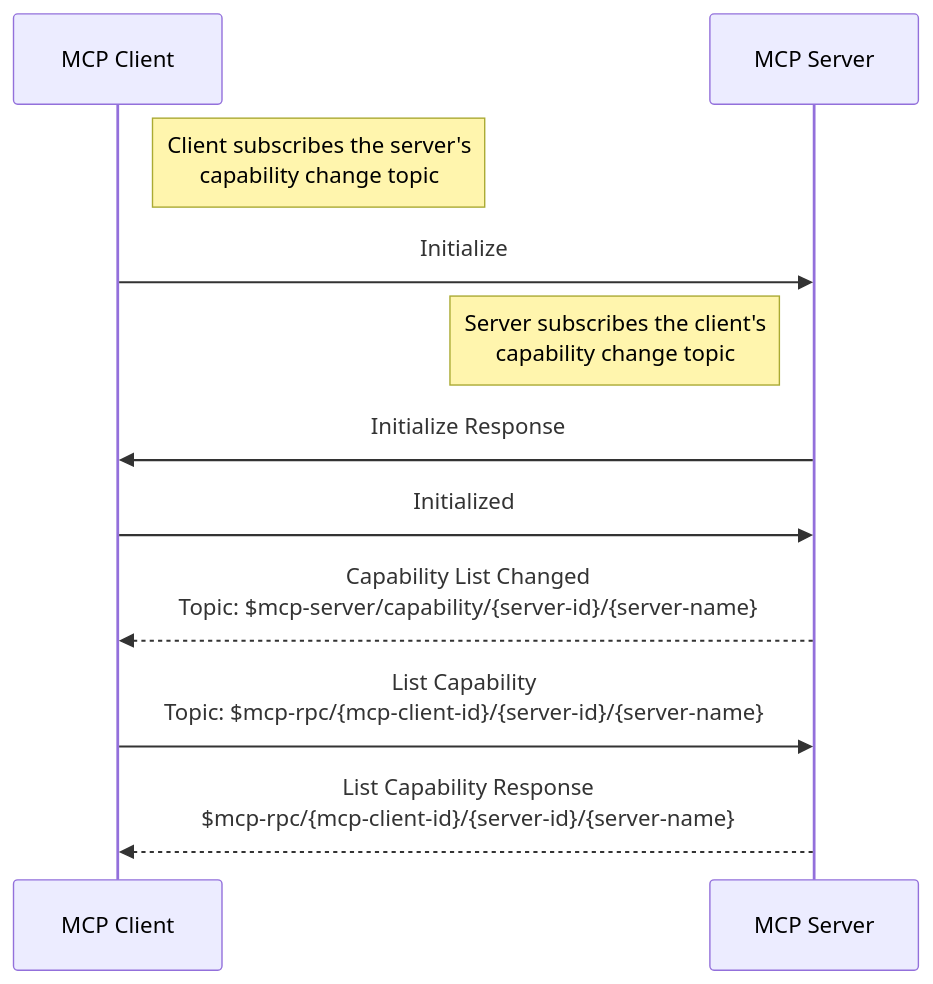
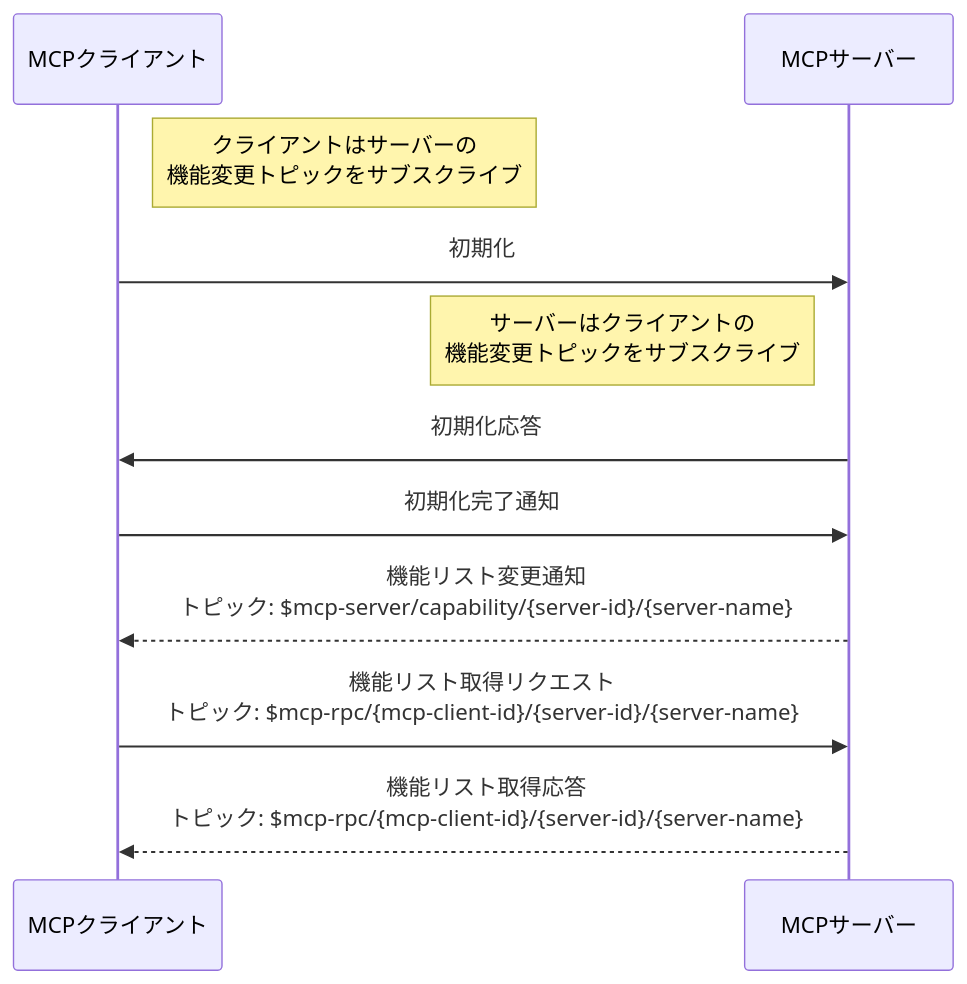
Before and after one commit to emqx/emqx-docs: the third of 4 diagrams in ja_JP/emqx-ai/mcp-over-mqtt/specification.md, drawn with Mermaid. The commit also changed other lines of this file and 279 other files, not shown here.

````diff
--- a/ja_JP/emqx-ai/mcp-over-mqtt/specification.md
+++ b/ja_JP/emqx-ai/mcp-over-mqtt/specification.md
@@ -333,19 +331,18 @@
 ```mermaid
+sequenceDiagram
+    participant MCP_Client as MCPクライアント
+    participant MCP_Server as MCPサーバー
 
-sequenceDiagram
-    participant MCP_Client as MCP Client
-    participant MCP_Server as MCP Server
+    Note right of MCP_Client: クライアントはサーバーの<br/>機能変更トピックをサブスクライブ
+    MCP_Client ->> MCP_Server: 初期化
 
-    Note right of MCP_Client: Client subscribes the server's<br/>capability change topic
-    MCP_Client ->> MCP_Server: Initialize
+    Note left of MCP_Server: サーバーはクライアントの<br/>機能変更トピックをサブスクライブ
+    MCP_Server ->> MCP_Client: 初期化応答
+    MCP_Client ->> MCP_Server: 初期化完了通知
 
-    Note left of MCP_Server: Server subscribes the client's<br/>capability change topic
-    MCP_Server ->> MCP_Client: Initialize Response
-    MCP_Client ->> MCP_Server: Initialized
+    MCP_Server -->> MCP_Client: 機能リスト変更通知<br/>トピック: $mcp-server/capability/{server-id}/{server-name}
 
-    MCP_Server -->> MCP_Client: Capability List Changed<br/>Topic: $mcp-server/capability/{server-id}/{server-name}
+    MCP_Client ->> MCP_Server: 機能リスト取得リクエスト<br/>トピック: $mcp-rpc/{mcp-client-id}/{server-id}/{server-name}
 
-    MCP_Client ->> MCP_Server: List Capability<br/>Topic: $mcp-rpc/{mcp-client-id}/{server-id}/{server-name}
-
-    MCP_Server -->> MCP_Client: List Capability Response<br/>$mcp-rpc/{mcp-client-id}/{server-id}/{server-name}
+    MCP_Server -->> MCP_Client: 機能リスト取得応答<br/>トピック: $mcp-rpc/{mcp-client-id}/{server-id}/{server-name}
 ```
````
